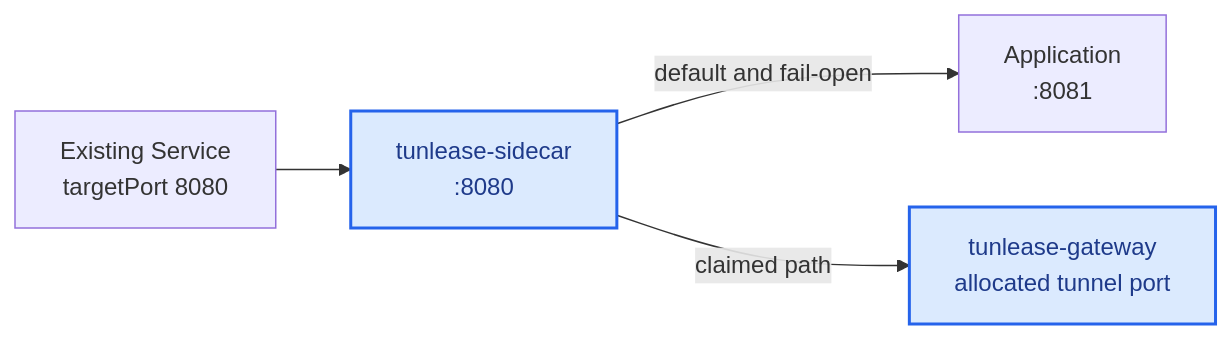
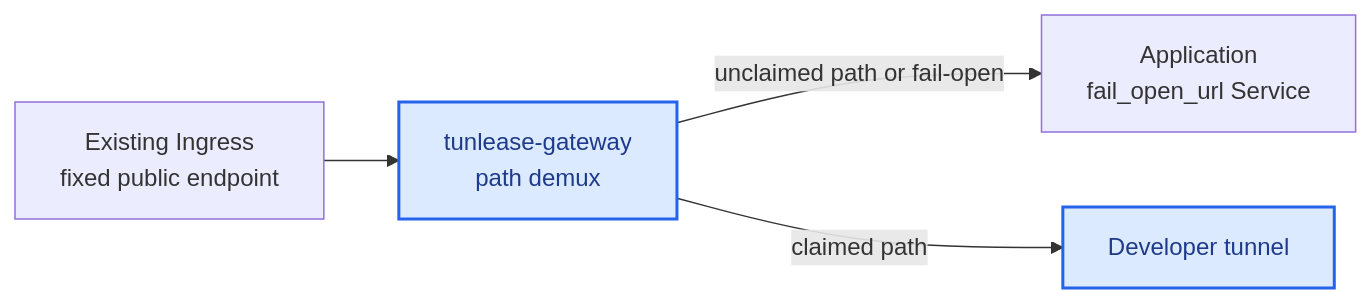
One commit to iml885203/tunlease changed the first of 2 diagrams in docs/platform-deployment.md. Above: the diagram before and after it, drawn with Mermaid. The commit also changed other lines of this file and 31 other files, not shown here.

````diff
--- a/docs/platform-deployment.md
+++ b/docs/platform-deployment.md
@@ -9,9 +9,9 @@
 ```mermaid
 flowchart LR
-    Service[Existing Service<br/>targetPort 8080] --> Sidecar[tunlease-sidecar<br/>:8080]
-    Sidecar -->|default and fail-open| App[Application<br/>:8081]
-    Sidecar -->|claimed path| Gateway[tunlease-gateway<br/>allocated tunnel port]
+    Ingress[Existing Ingress<br/>fixed public endpoint] --> Gateway[tunlease-gateway<br/>path demux]
+    Gateway -->|unclaimed path or fail-open| App[Application<br/>fail_open_url Service]
+    Gateway -->|claimed path| Tunnel[Developer tunnel]
 
     classDef tunlease fill:#dbeafe,stroke:#2563eb,color:#1e3a8a,stroke-width:2px;
-    class Sidecar,Gateway tunlease;
+    class Gateway,Tunnel tunlease;
 ```
````
